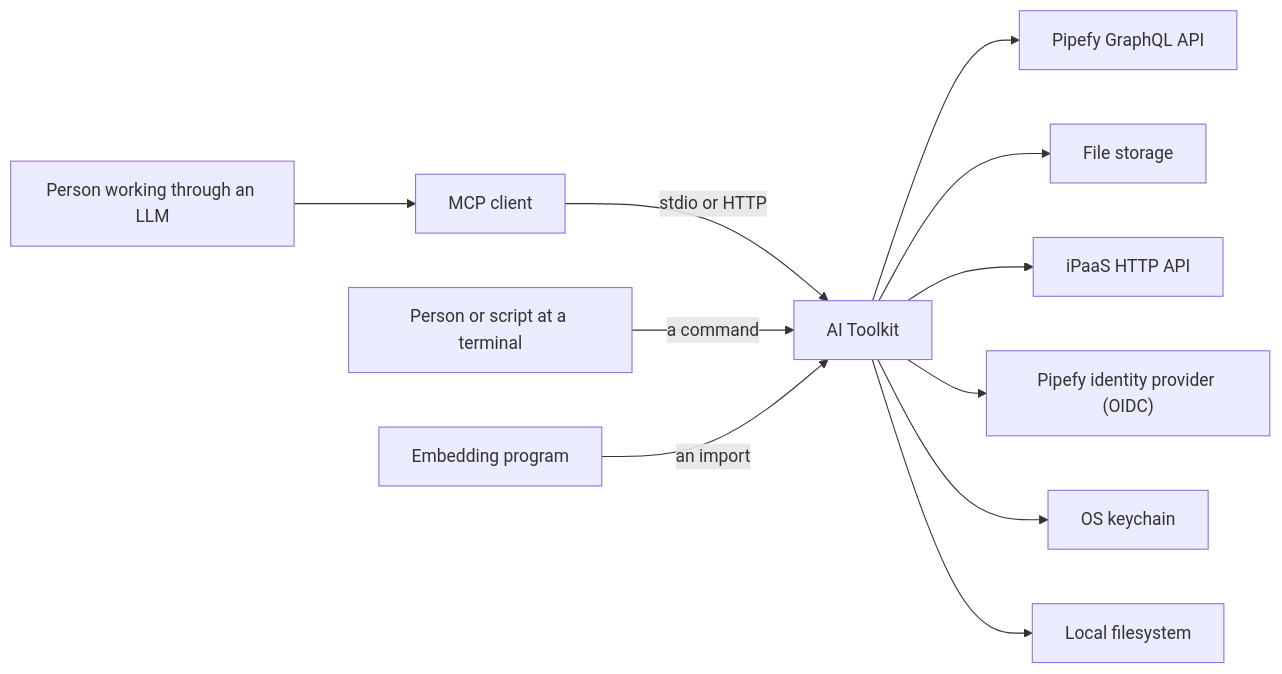
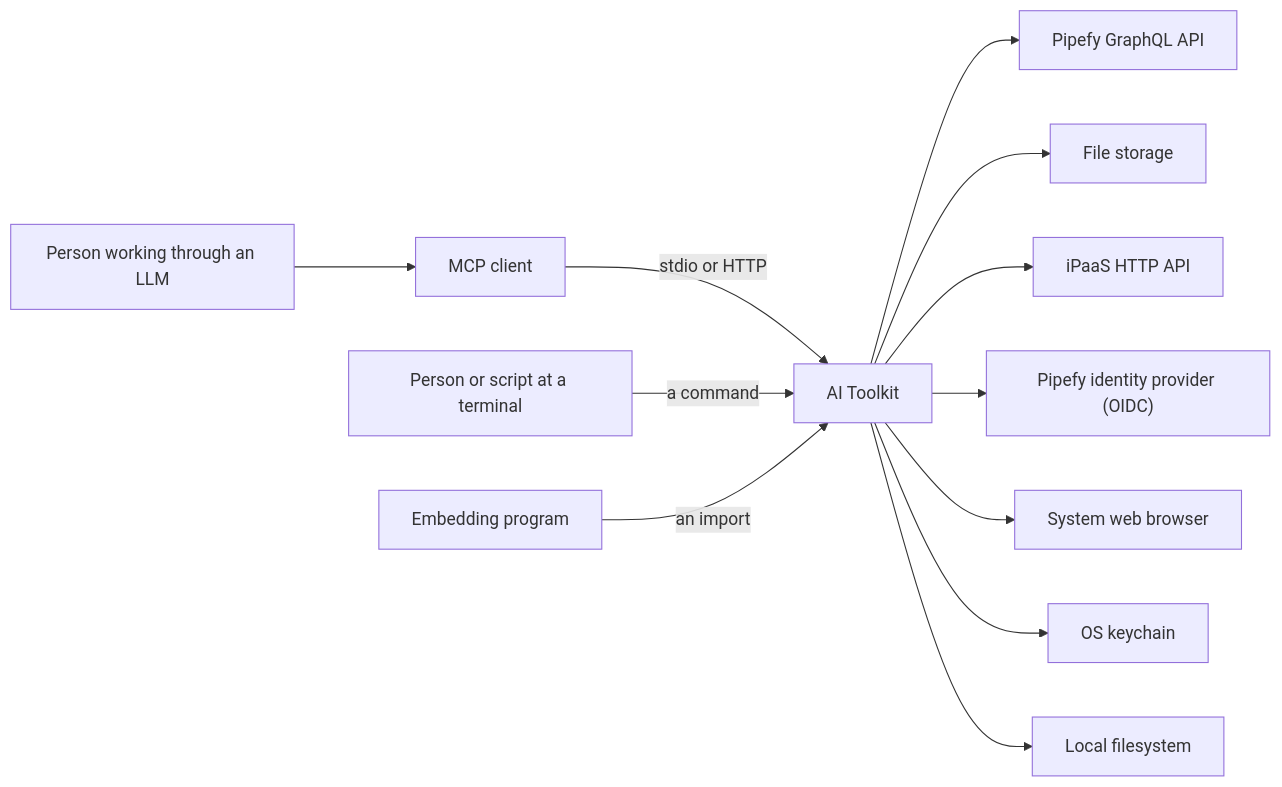
The first of 2 diagrams in docs/contributing/architecture.md (gbrlcustodio/pipefy-mcp-server), drawn with Mermaid before and after one commit. The commit also changed other lines of this file, not shown here.

First line of the commit message:
docs: draw the browser that carries a login

````diff
--- a/docs/contributing/architecture.md
+++ b/docs/contributing/architecture.md
@@ -107,16 +107,17 @@
 ```mermaid
 flowchart LR
     toolkit["AI Toolkit"]
 
     person["Person working through an LLM"] --> client
     client["MCP client"] -- "stdio or HTTP" --> toolkit
     shell["Person or script at a terminal"] -- "a command" --> toolkit
     program["Embedding program"] -- "an import" --> toolkit
 
     toolkit --> graphql["Pipefy GraphQL API"]
     toolkit --> storage["File storage"]
     toolkit --> ipaas["iPaaS HTTP API"]
     toolkit --> idp["Pipefy identity provider (OIDC)"]
+    toolkit --> browser["System web browser"]
     toolkit --> keychain["OS keychain"]
     toolkit --> files["Local filesystem"]
 ```
````
